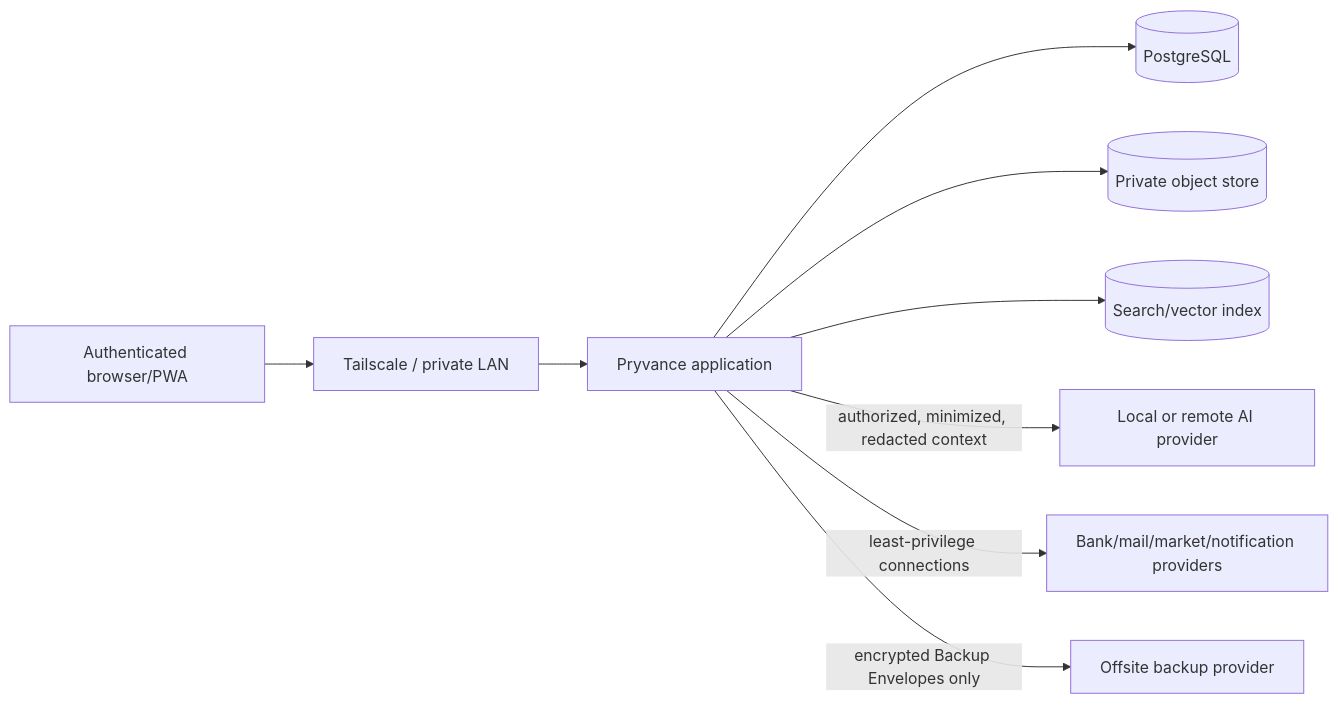
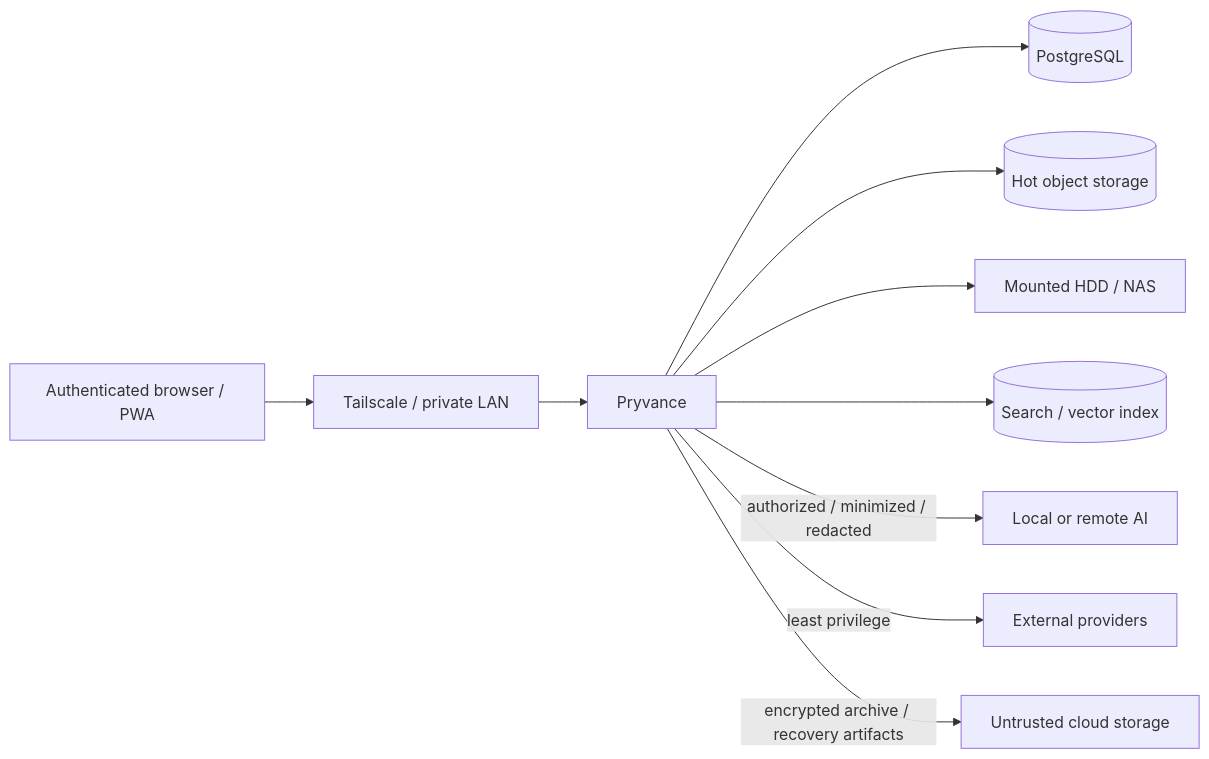
One commit to blac9216/Pryvance changed the diagram in docs/explanation/security.md. Above: the diagram before and after it, drawn with Mermaid. The commit also changed other lines of this file and 6 other files, not shown here.

````diff
--- a/docs/explanation/security.md
+++ b/docs/explanation/security.md
@@ -11,20 +11,22 @@
 ```mermaid
 flowchart LR
-    User[Authenticated browser/PWA]
+    User[Authenticated browser / PWA]
     Net[Tailscale / private LAN]
-    App[Pryvance application]
+    App[Pryvance]
     DB[(PostgreSQL)]
-    Store[(Private object store)]
-    Search[(Search/vector index)]
-    AI[Local or remote AI provider]
-    Ext[Bank/mail/market/notification providers]
-    Backup[Offsite backup provider]
+    Hot[(Hot object storage)]
+    Local[Mounted HDD / NAS]
+    Search[(Search / vector index)]
+    AI[Local or remote AI]
+    Ext[External providers]
+    Cloud[Untrusted cloud storage]
 
     User --> Net --> App
     App --> DB
-    App --> Store
+    App --> Hot
+    App --> Local
     App --> Search
-    App -->|authorized, minimized, redacted context| AI
-    App -->|least-privilege connections| Ext
-    App -->|encrypted Backup Envelopes only| Backup
+    App -->|authorized / minimized / redacted| AI
+    App -->|least privilege| Ext
+    App -->|encrypted archive / recovery artifacts| Cloud
 ```
````
